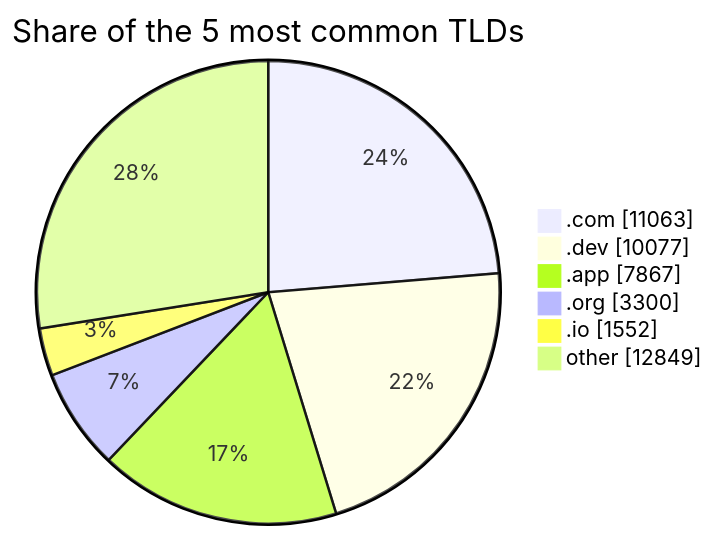
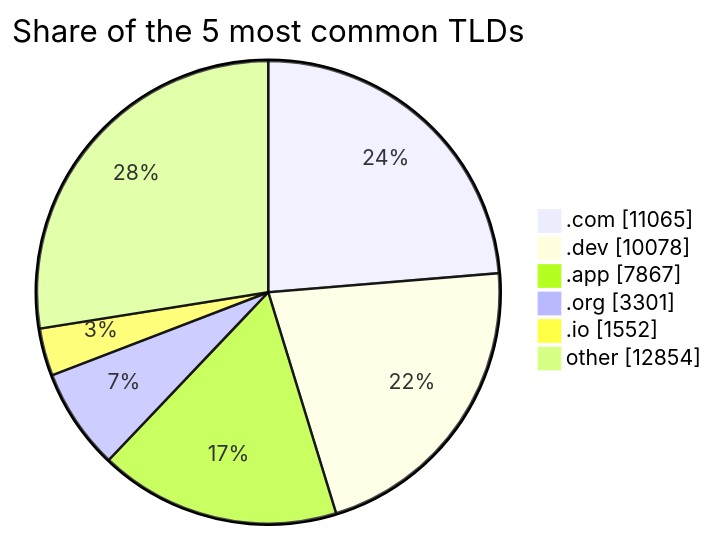
The third of 3 diagrams in README.md (DNSBunker/CTI), drawn with Mermaid before and after one commit. The commit also changed other lines of this file and 3 other files, not shown here.

````diff
--- a/README.md
+++ b/README.md
@@ -81,9 +81,9 @@
 ```mermaid
 pie showData title Share of the 5 most common TLDs
-    ".com" : 11063
-    ".dev" : 10077
+    ".com" : 11065
+    ".dev" : 10078
     ".app" : 7867
-    ".org" : 3300
+    ".org" : 3301
     ".io" : 1552
-    "other" : 12849
+    "other" : 12854
 ```
````
